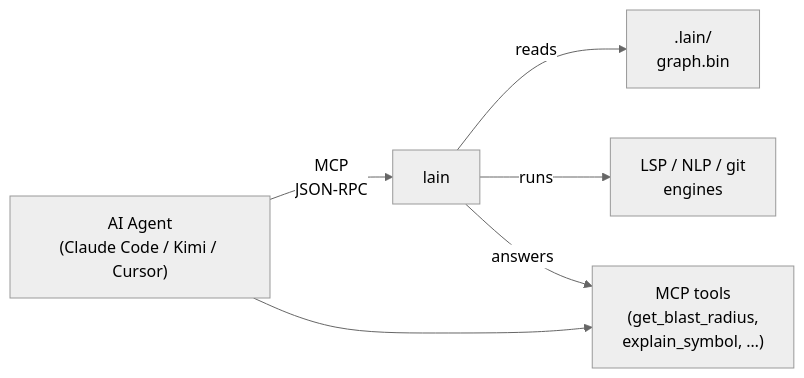
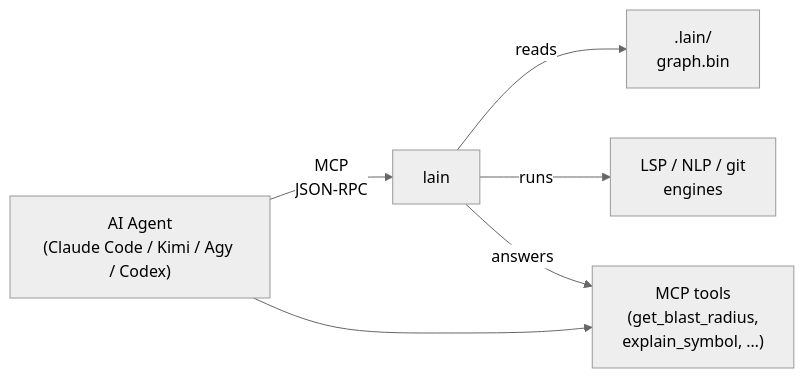
The diagram in README.md (spuentesp/lain), drawn with Mermaid (neutral theme) before and after one commit. The commit also changed other lines of this file and 8 other files, not shown here.

````diff
--- a/README.md
+++ b/README.md
@@ -9,8 +9,8 @@
 ```mermaid
 flowchart LR
-    A["AI Agent<br/>(Claude Code / Kimi / Cursor)"] -->|MCP<br/>JSON-RPC| L["lain"]
+    A["AI Agent<br/>(Claude Code / Kimi / Agy / Codex)"] -->|MCP<br/>JSON-RPC| L["lain"]
     L -->|reads| FS[".lain/<br/>graph.bin"]
     L -->|runs| ENG["LSP / NLP / git<br/>engines"]
     L -->|answers| T["MCP tools<br/>(get_blast_radius,<br/>explain_symbol, …)"]
     A --> T
 ```
````
